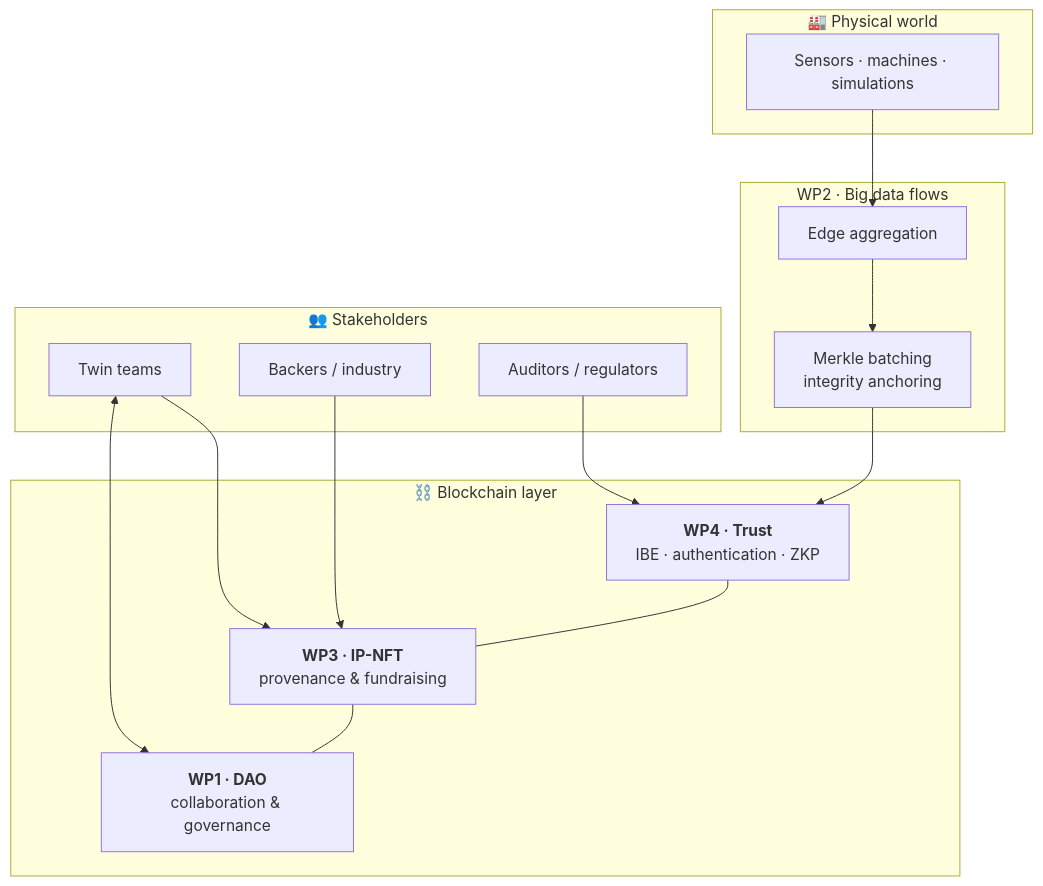
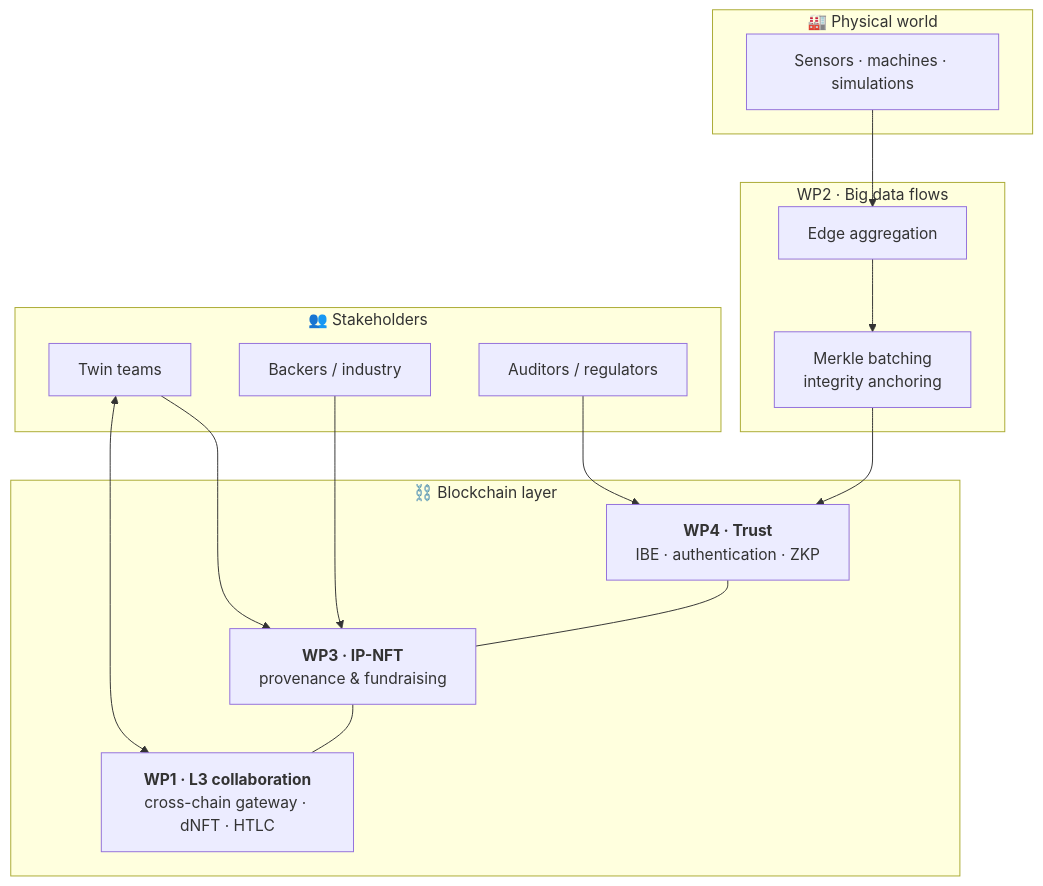
One commit to smhbamakan/DeDT-platform changed the first of 2 diagrams in README.md. Above: the diagram before and after it, drawn with Mermaid. The commit also changed other lines of this file and 30 other files, not shown here.

````diff
--- a/README.md
+++ b/README.md
@@ -21,31 +22,31 @@
 ```mermaid
 flowchart TB
     subgraph Physical["🏭 Physical world"]
         S["Sensors · machines · simulations"]
     end
 
     subgraph WP2["WP2 · Big data flows"]
         E["Edge aggregation"] --> M["Merkle batching<br/>integrity anchoring"]
     end
 
     subgraph Chain["⛓️ Blockchain layer"]
-        WP1["<b>WP1 · DAO</b><br/>collaboration & governance"]
+        WP1["<b>WP1 · L3 collaboration</b><br/>cross-chain gateway · dNFT · HTLC"]
         WP3["<b>WP3 · IP-NFT</b><br/>provenance & fundraising"]
         WP4["<b>WP4 · Trust</b><br/>IBE · authentication · ZKP"]
     end
 
     subgraph Users["👥 Stakeholders"]
         T["Twin teams"]
         B["Backers / industry"]
         R["Auditors / regulators"]
     end
 
     S --> E
     M --> WP4
     T <--> WP1
     T --> WP3
     B --> WP3
     WP3 --- WP1
     WP4 --- WP3
     R --> WP4
 ```
````
